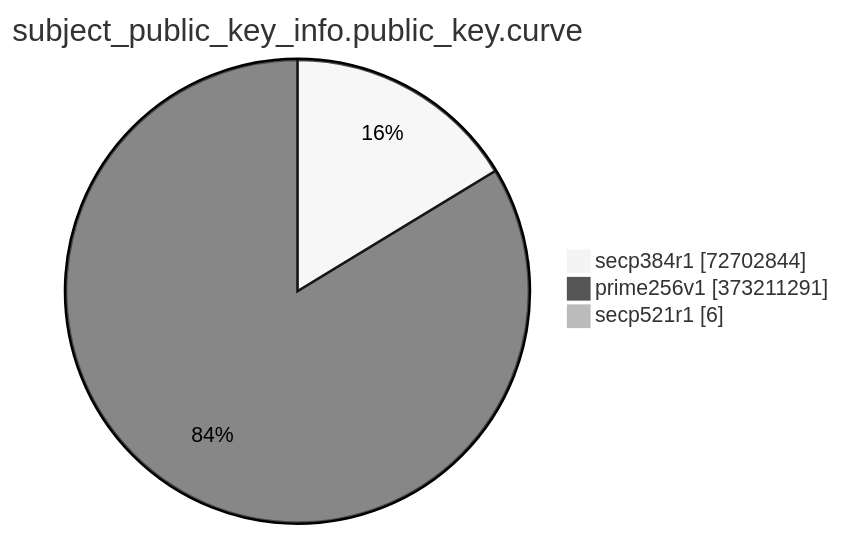
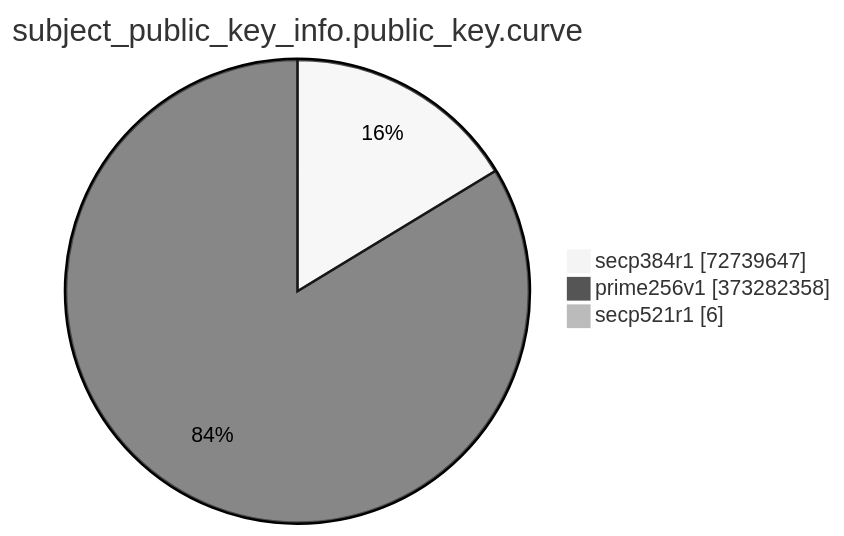
The eighth of 15 diagrams in TOTAL/README.md (christiankrug/ctmonitor_visualization), drawn with Mermaid (neutral theme) before and after one commit. The commit also changed other lines of this file, not shown here.

````diff
--- a/TOTAL/README.md
+++ b/TOTAL/README.md
@@ -3092,7 +3092,7 @@
 ```mermaid
 pie showData
 title subject_public_key_info.public_key.curve
-"secp384r1" :72702844
-"prime256v1" :373211291
+"secp384r1" :72739647
+"prime256v1" :373282358
 "secp521r1" :6
 ```
````
